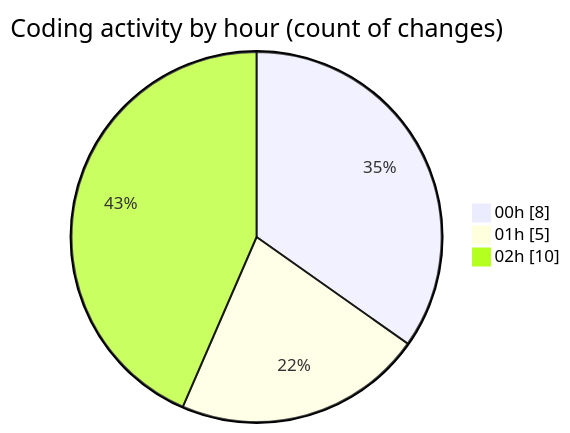
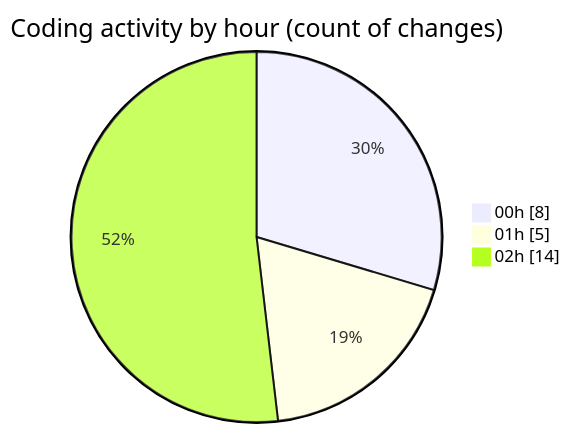
Before and after one commit to EIIisD/code-tracking: the second of 2 diagrams in 2025-07-24/fish/README.md, drawn with Mermaid. The commit also changed other lines of this file and 1 other file, not shown here.

````diff
--- a/2025-07-24/fish/README.md
+++ b/2025-07-24/fish/README.md
@@ -35,7 +35,7 @@
 ```mermaid
 pie showData
 title Coding activity by hour (count of changes)
 "00h" : 8
 "01h" : 5
-"02h" : 10
+"02h" : 14
 ```
````
